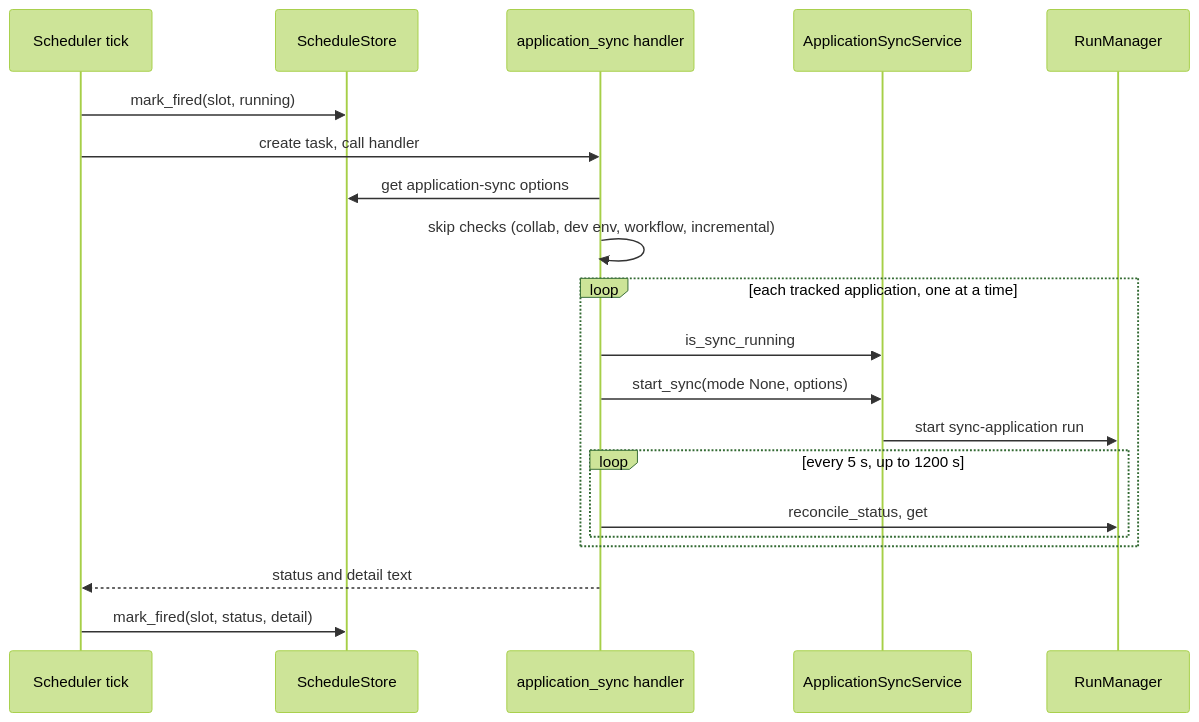
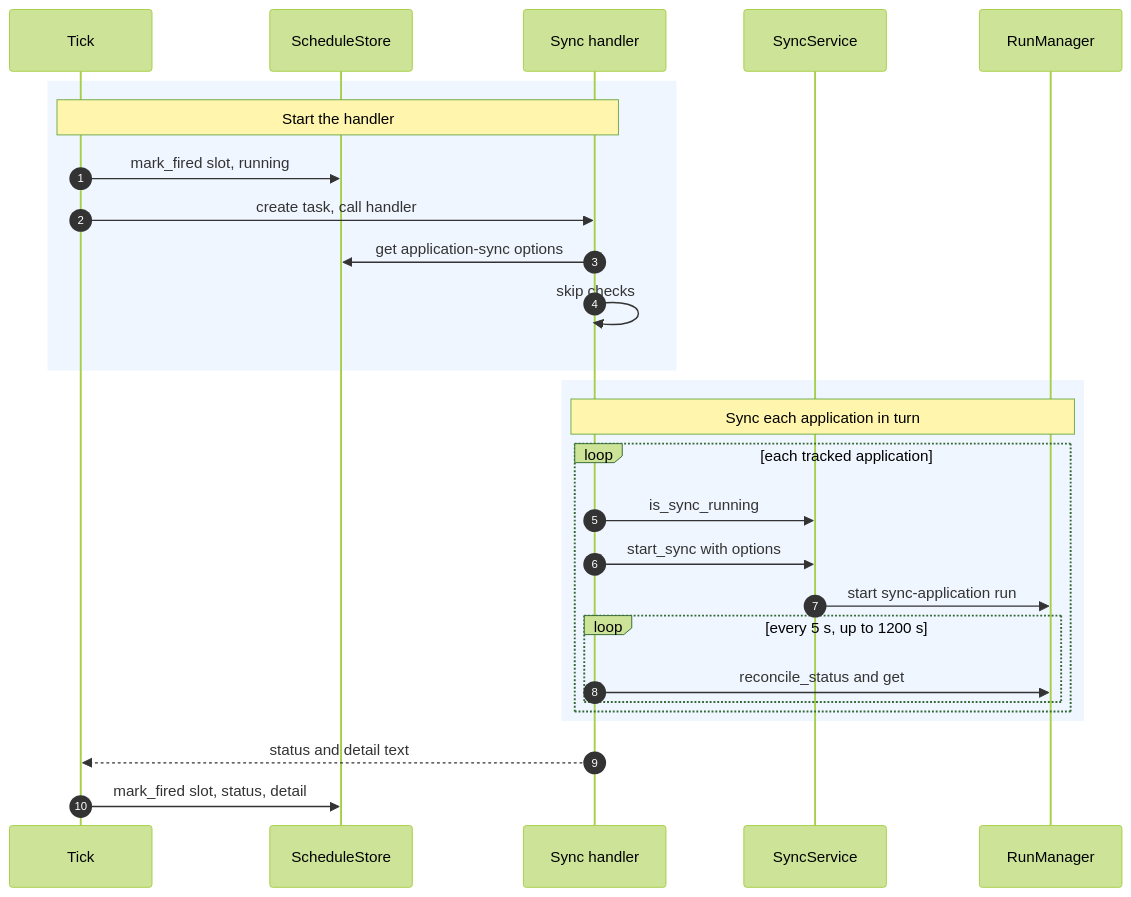
The third of 3 diagrams in genesis/architecture/modules/scheduler-and-jobs.md (ram-020998/project-tracker), drawn with Mermaid (forest theme) before and after one commit. The commit also changed other lines of this file and 24 other files, not shown here.

First line of the commit message:
architecture: rewrite all 86 Mermaid diagrams to one C4 style, each render-checked

````diff
--- a/genesis/architecture/modules/scheduler-and-jobs.md
+++ b/genesis/architecture/modules/scheduler-and-jobs.md
@@ -282,22 +288,29 @@
 ```mermaid
 sequenceDiagram
-    participant T as Scheduler tick
+    autonumber
+    participant T as Tick
     participant S as ScheduleStore
-    participant H as application_sync handler
-    participant A as ApplicationSyncService
+    participant H as Sync handler
+    participant A as SyncService
     participant R as RunManager
-    T->>S: mark_fired(slot, running)
-    T->>H: create task, call handler
-    H->>S: get application-sync options
-    H->>H: skip checks (collab, dev env, workflow, incremental)
-    loop each tracked application, one at a time
-        H->>A: is_sync_running
-        H->>A: start_sync(mode None, options)
-        A->>R: start sync-application run
-        loop every 5 s, up to 1200 s
-            H->>R: reconcile_status, get
+    rect rgb(240, 246, 255)
+        Note over T,H: Start the handler
+        T->>S: mark_fired slot, running
+        T->>H: create task, call handler
+        H->>S: get application-sync options
+        H->>H: skip checks
+    end
+    rect rgb(240, 246, 255)
+        Note over H,R: Sync each application in turn
+        loop each tracked application
+            H->>A: is_sync_running
+            H->>A: start_sync with options
+            A->>R: start sync-application run
+            loop every 5 s, up to 1200 s
+                H->>R: reconcile_status and get
+            end
         end
     end
     H-->>T: status and detail text
-    T->>S: mark_fired(slot, status, detail)
+    T->>S: mark_fired slot, status, detail
 ```
````
